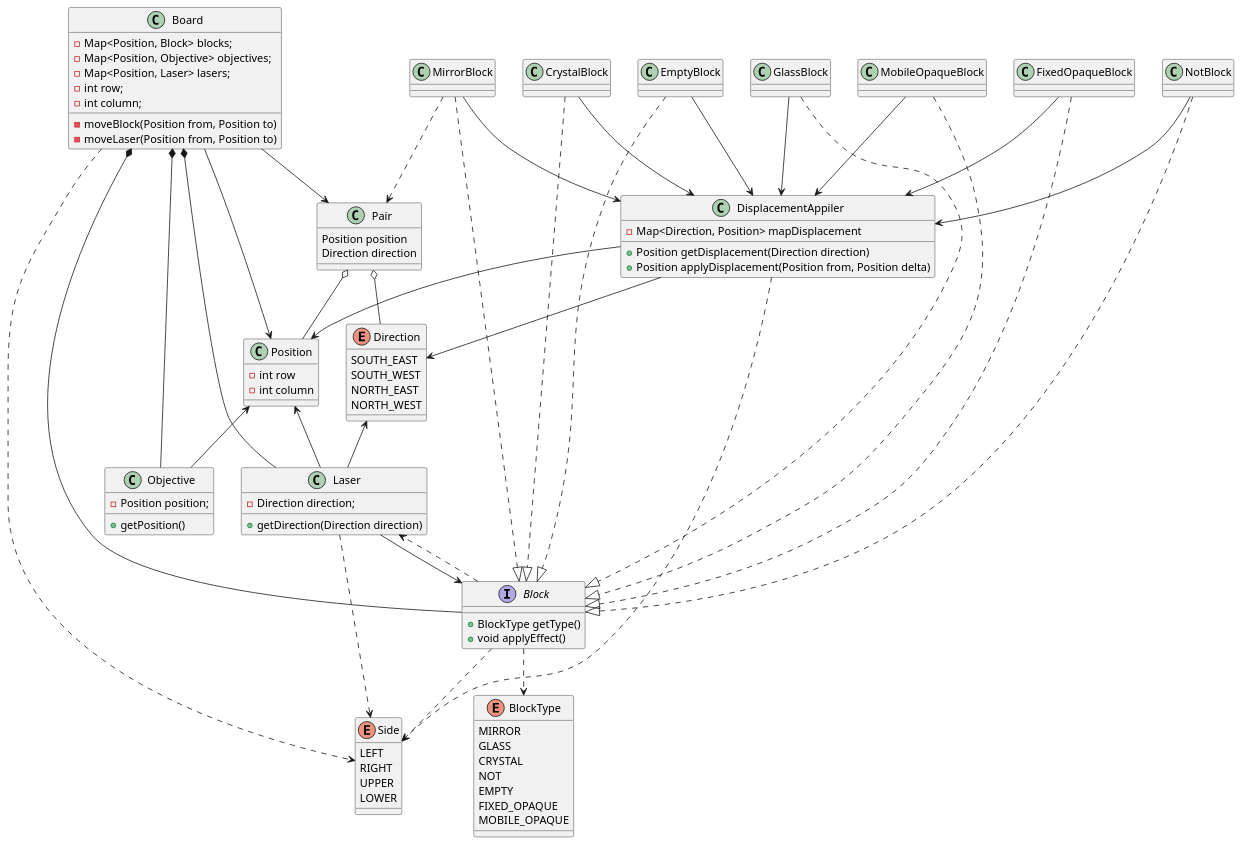
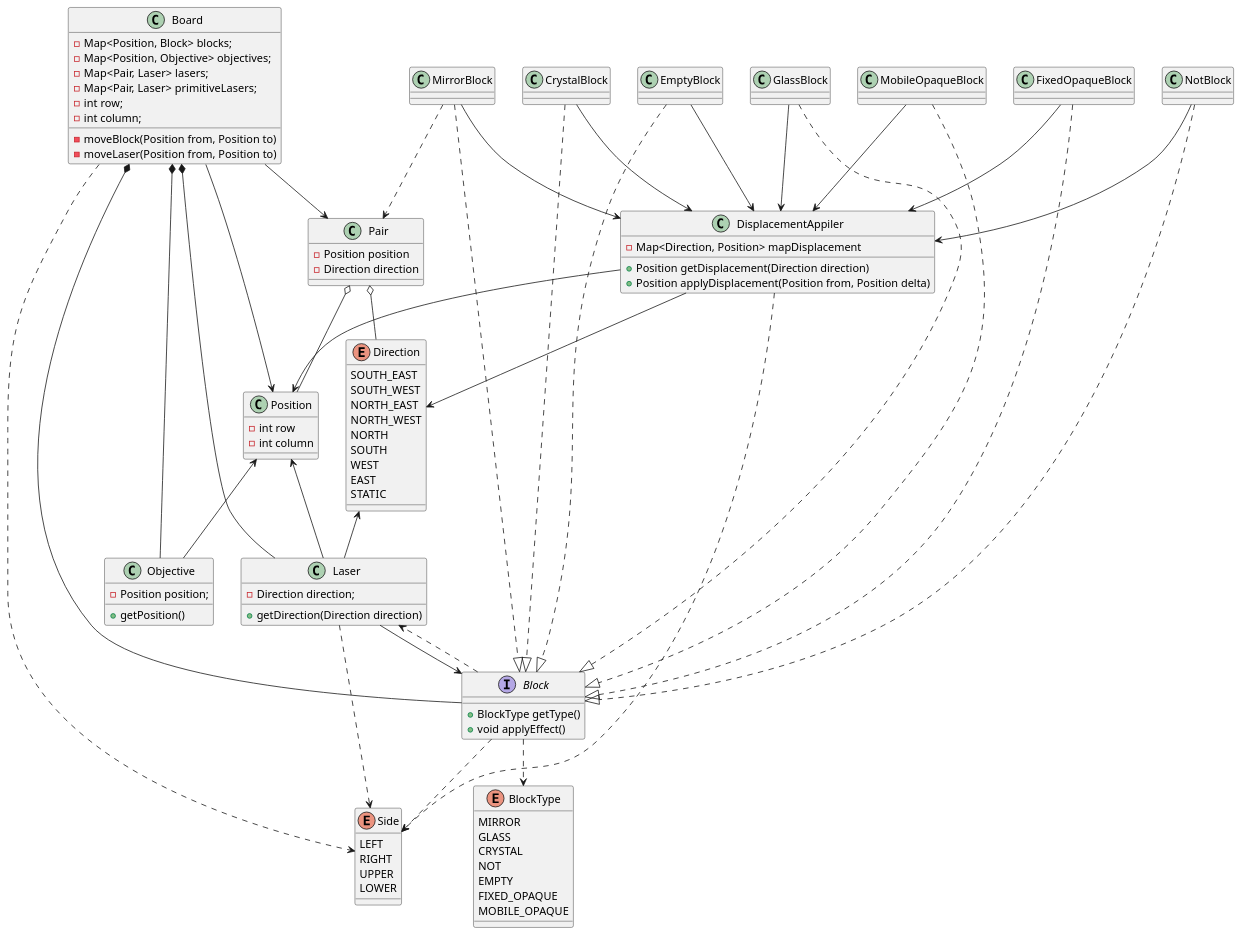
One commit to joseslavkis/Paradigmas-de-programacion changed the diagram in lasers/Diagram/ClassDiagram.puml. Above: the diagram before and after it, drawn with PlantUML.

Commit message:
minimal changes

```diff
--- a/lasers/Diagram/ClassDiagram.puml
+++ b/lasers/Diagram/ClassDiagram.puml
@@ -1,106 +1,112 @@
 @startuml
 
 class Position {
     - int row
     - int column
 }
 
 enum Direction {
     SOUTH_EAST
     SOUTH_WEST
     NORTH_EAST
     NORTH_WEST
+    NORTH
+    SOUTH
+    WEST
+    EAST
+    STATIC
 }
 
 class Board {
-- Map<Position, Block> blocks;
-- Map<Position, Objective> objectives;
-- Map<Position, Laser> lasers;
-- int row;
-- int column;
--moveBlock(Position from, Position to)
--moveLaser(Position from, Position to)
+    - Map<Position, Block> blocks;
+    - Map<Position, Objective> objectives;
+    - Map<Pair, Laser> lasers;
+    - Map<Pair, Laser> primitiveLasers;
+    - int row;
+    - int column;
+    -moveBlock(Position from, Position to)
+    -moveLaser(Position from, Position to)
 }
 
 enum BlockType {
     MIRROR
     GLASS
     CRYSTAL
     NOT
     EMPTY
     FIXED_OPAQUE
     MOBILE_OPAQUE
 }
 
 class Objective {
     - Position position;
     + getPosition()
 }
 
 class Laser {
     - Direction direction;
     + getDirection(Direction direction)
 }
 
 class DisplacementAppiler {
     - Map<Direction, Position> mapDisplacement
     + Position getDisplacement(Direction direction)
     + Position applyDisplacement(Position from, Position delta)
 }
 
 interface Block {
     + BlockType getType()
     + void applyEffect()
 }
 
 class Pair {
-    Position position
-    Direction direction
+    - Position position
+    - Direction direction
 }
 
 enum Side {
     LEFT
     RIGHT
     UPPER
     LOWER
 }
 
 Pair o-- Position
 Pair o-- Direction
 Board --> Pair
 Board *-- Objective
 Board *-- Laser
 Board *-- Block
 Board --> Position
 
 MirrorBlock ..|> Block
 CrystalBlock ..|> Block
 EmptyBlock ..|> Block
 GlassBlock ..|> Block
 MobileOpaqueBlock ..|> Block
 FixedOpaqueBlock ..|> Block
 NotBlock ..|> Block
 MirrorBlock ..> Pair
 Position <-- Laser
 Position <-- Objective
 
 Direction <-- Laser
 
 Laser --> Block
 Block ..> BlockType
 MirrorBlock --> DisplacementAppiler
 CrystalBlock --> DisplacementAppiler
 EmptyBlock --> DisplacementAppiler
 GlassBlock --> DisplacementAppiler
 MobileOpaqueBlock --> DisplacementAppiler
 FixedOpaqueBlock --> DisplacementAppiler
 NotBlock --> DisplacementAppiler
 Block ..> Laser
 Laser ..> Side
 Board ..> Side
 Block ..> Side
 DisplacementAppiler ..> Side
 DisplacementAppiler --> Position
 DisplacementAppiler --> Direction
 
 @enduml
```
